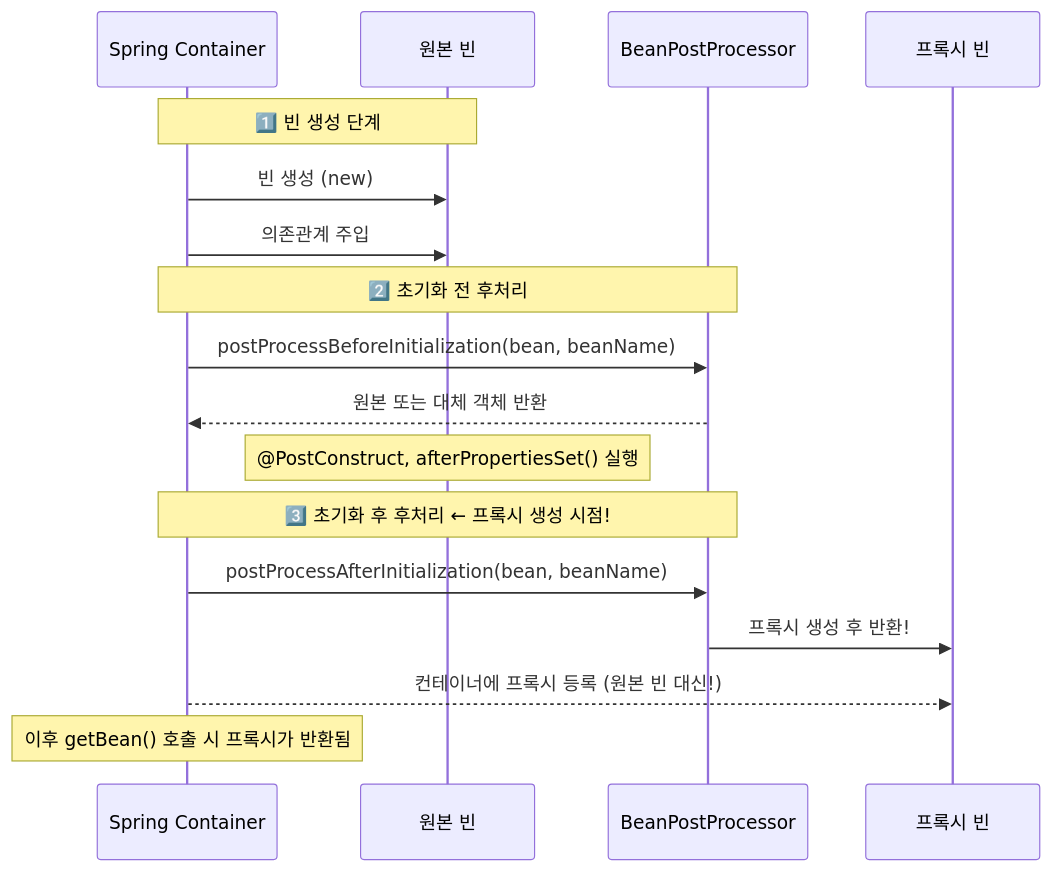
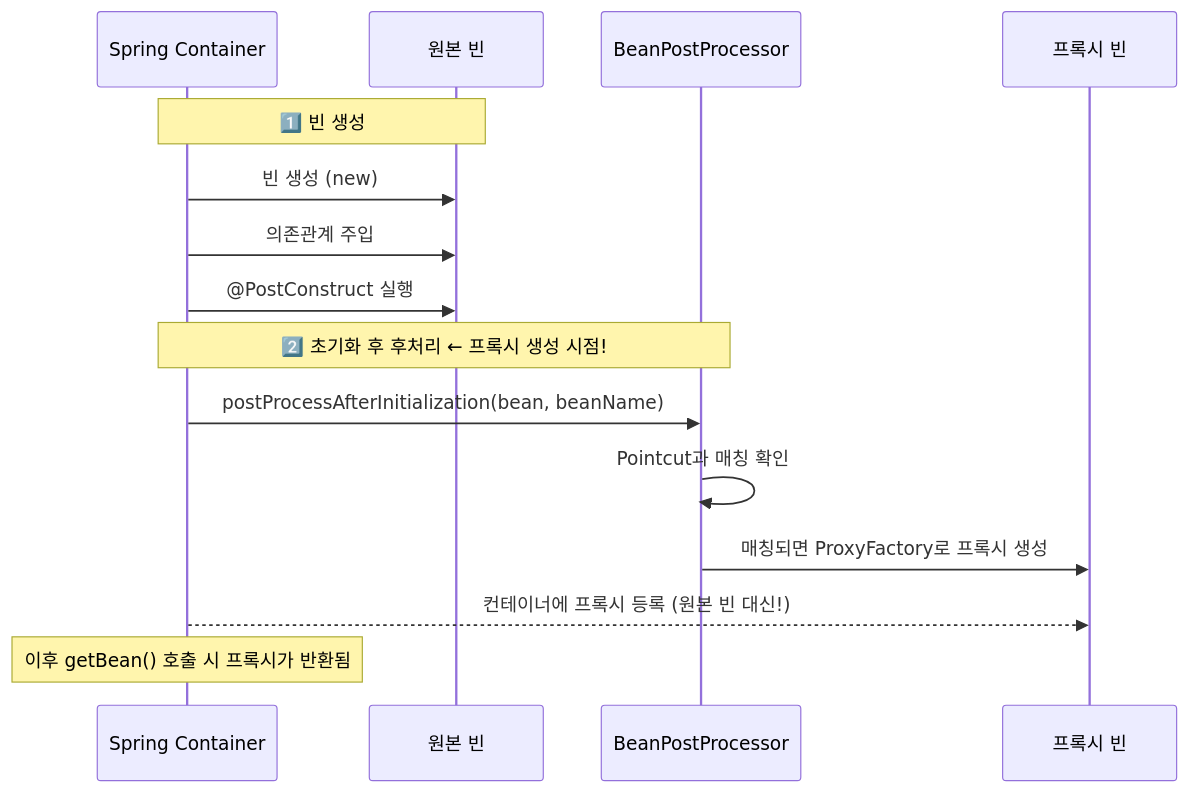
Before and after one commit to yjkim2015/yjkim2015.github.io: the eighth of 11 diagrams in _posts/spring/2026-05-02-spring-core-advanced.md, drawn with Mermaid. The commit also changed other lines of this file and 92 other files, not shown here.

First line of the commit message:
Major quality rewrite: 98 files, Mermaid fix, extreme-scenario component

````diff
--- a/_posts/spring/2026-05-02-spring-core-advanced.md
+++ b/_posts/spring/2026-05-02-spring-core-advanced.md
@@ -610,23 +541,20 @@
 ```mermaid
 sequenceDiagram
     participant C as Spring Container
     participant O as 원본 빈
     participant BPP as BeanPostProcessor
     participant P as 프록시 빈
 
-    Note over C,O: 1️⃣ 빈 생성 단계
+    Note over C,O: 1️⃣ 빈 생성
     C->>O: 빈 생성 (new)
     C->>O: 의존관계 주입
+    C->>O: @PostConstruct 실행
 
-    Note over C,BPP: 2️⃣ 초기화 전 후처리
-    C->>BPP: postProcessBeforeInitialization(bean, beanName)
-    BPP-->>C: 원본 또는 대체 객체 반환
+    Note over C,BPP: 2️⃣ 초기화 후 후처리 ← 프록시 생성 시점!
+    C->>BPP: postProcessAfterInitialization(bean, beanName)
+    BPP->>BPP: Pointcut과 매칭 확인
+    BPP->>P: 매칭되면 ProxyFactory로 프록시 생성
+    C-->>P: 컨테이너에 프록시 등록 (원본 빈 대신!)
 
-    Note over O: @PostConstruct, afterPropertiesSet() 실행
-
-    Note over C,BPP: 3️⃣ 초기화 후 후처리 ← 프록시 생성 시점!
-    C->>BPP: postProcessAfterInitialization(bean, beanName)
-    BPP->>P: 프록시 생성 후 반환!
-    C-->>P: 컨테이너에 프록시 등록 (원본 빈 대신!)
     Note over C: 이후 getBean() 호출 시 프록시가 반환됨
 ```
````
